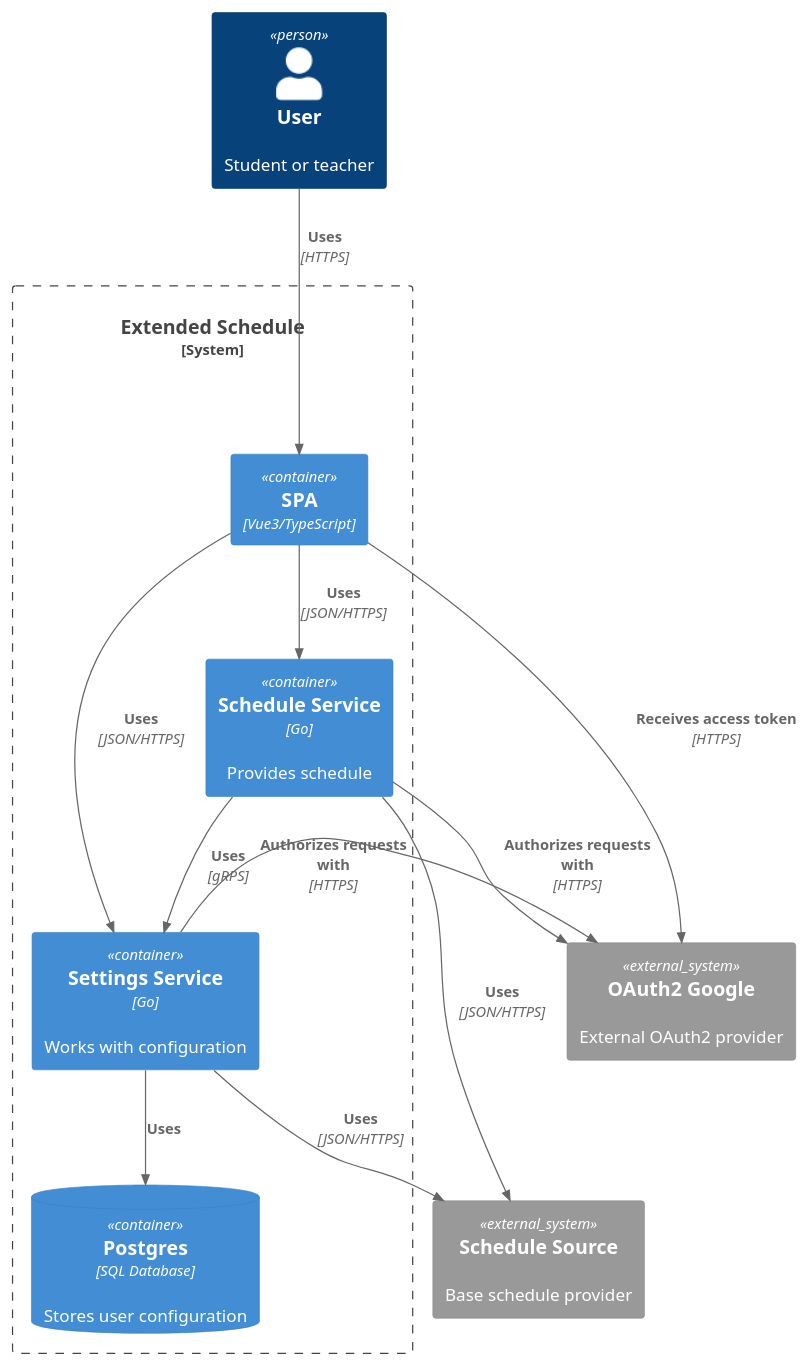
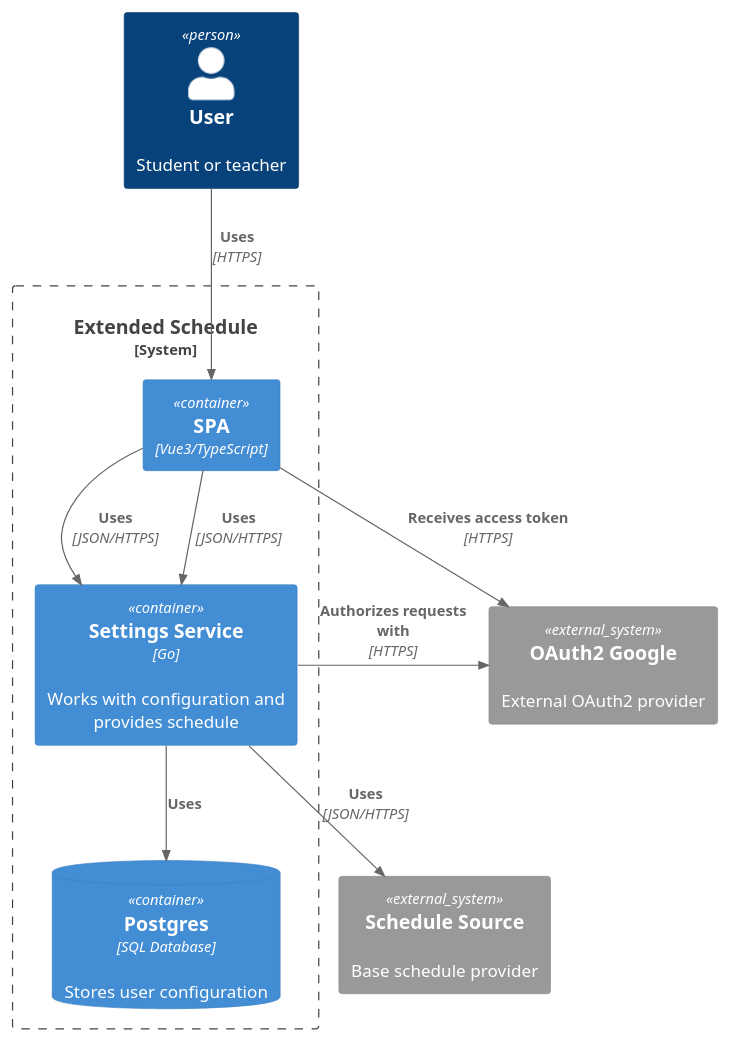
The diagram in docs/containers.puml (tellmeac/ExtendedSchedule), drawn with PlantUML before and after one commit. The commit also changed 79 other files, not shown here.

```diff
--- a/docs/containers.puml
+++ b/docs/containers.puml
@@ -1,35 +1,30 @@
 @startuml Containers
 
 !includeurl https://raw.githubusercontent.com/RicardoNiepel/C4-PlantUML/master/C4_Component.puml
 
 Person(user, User, "Student or teacher")
 
 System_Boundary(api, "Extended Schedule") {
     Container(spa, "SPA", "Vue3/TypeScript")
 
-    Container(UserConfigService, "Settings Service", "Go", "Works with configuration")
-    Container(ScheduleService, "Schedule Service", "Go", "Provides schedule")
+    Container(ExtendedSchedule, "Settings Service", "Go", "Works with configuration and provides schedule")
 
     ContainerDb(db, "Postgres", "SQL Database", "Stores user configuration")
 
-    Rel(ScheduleService, UserConfigService, "Uses", "gRPS")
+    Rel(spa, ExtendedSchedule, "Uses", "JSON/HTTPS")
+    Rel(spa, ExtendedSchedule, "Uses", "JSON/HTTPS")
 
-    Rel(spa, UserConfigService, "Uses", "JSON/HTTPS")
-    Rel(spa, ScheduleService, "Uses", "JSON/HTTPS")
-
-    Rel(UserConfigService, db, "Uses")
+    Rel(ExtendedSchedule, db, "Uses")
 }
 
 System_Ext(oauth, "OAuth2 Google", "External OAuth2 provider")
 System_Ext(scheduleProvider, "Schedule Source", "Base schedule provider")
 
 Rel(user, spa, "Uses", "HTTPS")
 
-Rel_R(UserConfigService, oauth, "Authorizes requests with", "HTTPS")
-Rel_R(ScheduleService, oauth, "Authorizes requests with", "HTTPS")
+Rel_R(ExtendedSchedule, oauth, "Authorizes requests with", "HTTPS")
 Rel_R(spa, oauth, "Receives access token", "HTTPS")
 
-Rel(ScheduleService, scheduleProvider, "Uses", "JSON/HTTPS")
-Rel(UserConfigService, scheduleProvider, "Uses", "JSON/HTTPS")
+Rel(ExtendedSchedule, scheduleProvider, "Uses", "JSON/HTTPS")
 
 @enduml
```
